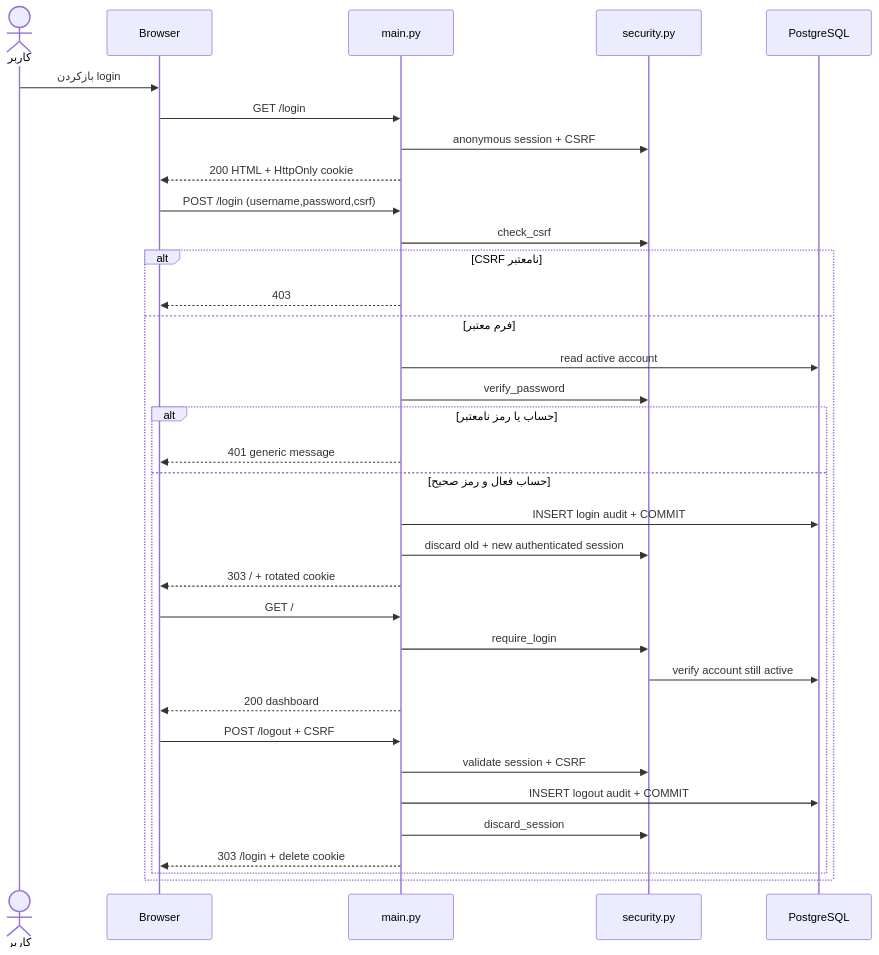
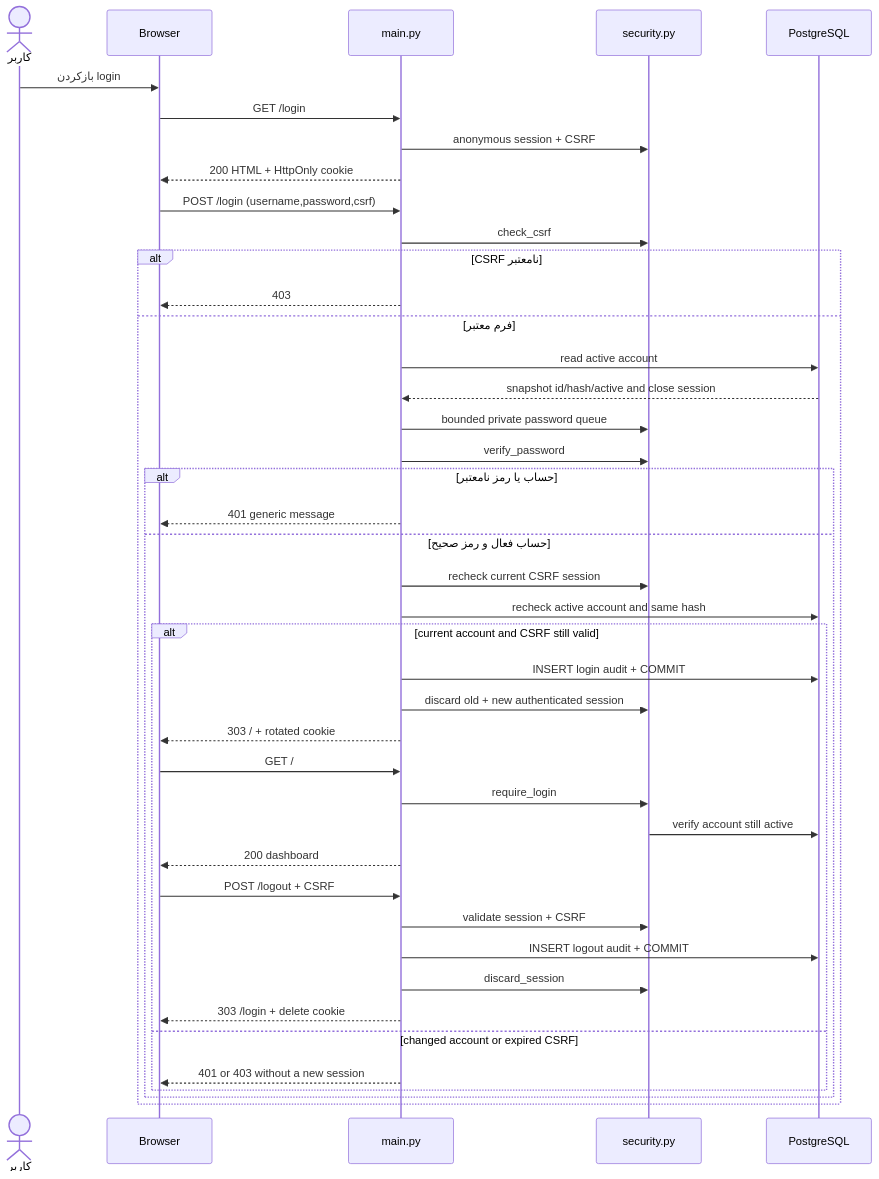
One commit to MahdySayyar/hrms-project changed the diagram in models/sequences/UC-01.mmd. Above: the diagram before and after it, drawn with Mermaid. The commit also changed 68 other files, not shown here.

```diff
--- a/models/sequences/UC-01.mmd
+++ b/models/sequences/UC-01.mmd
@@ -1,35 +1,43 @@
 %% SEQ-01 — Authenticate and logout sequence
 sequenceDiagram
     actor User as کاربر
     participant Browser
     participant Route as main.py
     participant Security as security.py
     participant DB as PostgreSQL
     User->>Browser: بازکردن login
     Browser->>Route: GET /login
     Route->>Security: anonymous session + CSRF
     Route-->>Browser: 200 HTML + HttpOnly cookie
     Browser->>Route: POST /login (username,password,csrf)
     Route->>Security: check_csrf
     alt CSRF نامعتبر
       Route-->>Browser: 403
     else فرم معتبر
       Route->>DB: read active account
+      DB-->>Route: snapshot id/hash/active and close session
+      Route->>Security: bounded private password queue
       Route->>Security: verify_password
       alt حساب یا رمز نامعتبر
         Route-->>Browser: 401 generic message
       else حساب فعال و رمز صحیح
+        Route->>Security: recheck current CSRF session
+        Route->>DB: recheck active account and same hash
+        alt current account and CSRF still valid
         Route->>DB: INSERT login audit + COMMIT
         Route->>Security: discard old + new authenticated session
         Route-->>Browser: 303 / + rotated cookie
         Browser->>Route: GET /
         Route->>Security: require_login
         Security->>DB: verify account still active
         Route-->>Browser: 200 dashboard
         Browser->>Route: POST /logout + CSRF
         Route->>Security: validate session + CSRF
         Route->>DB: INSERT logout audit + COMMIT
         Route->>Security: discard_session
         Route-->>Browser: 303 /login + delete cookie
+        else changed account or expired CSRF
+          Route-->>Browser: 401 or 403 without a new session
+        end
       end
     end
```
